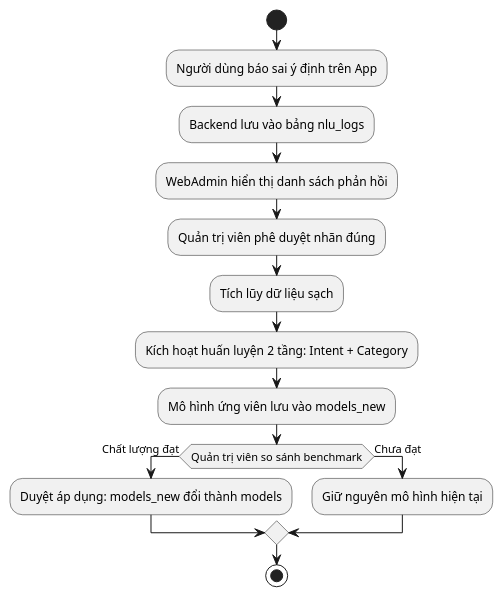
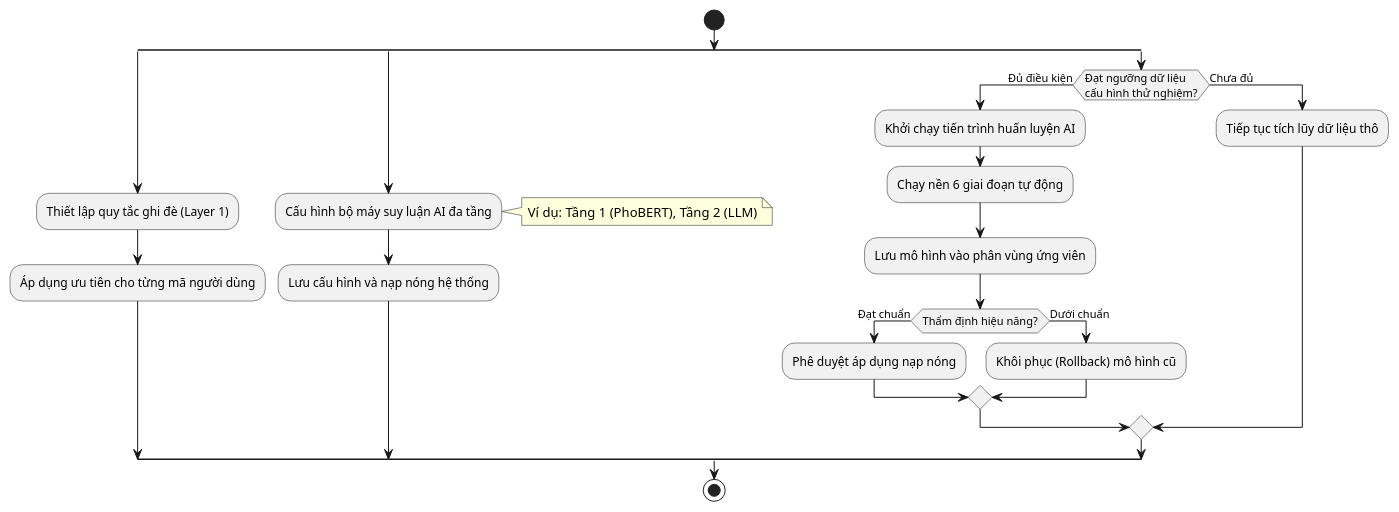
Before and after one commit to maikhang160504/spending-diary: diagram 19 of 28 in Luan_van_Hoan_chinh.md, drawn with PlantUML. The commit also changed other lines of this file and 72 other files, not shown here.

Commit message:
feat: implement mobile transaction stories, AI backend modules, and admin dashboard pages

````diff
--- a/Luan_van_Hoan_chinh.md
+++ b/Luan_van_Hoan_chinh.md
@@ -1206,18 +1285,27 @@
 ```plantuml
 @startuml
 start
-:Người dùng báo sai ý định trên App;
-:Backend lưu vào bảng nlu_logs;
-:WebAdmin hiển thị danh sách phản hồi;
-:Quản trị viên phê duyệt nhãn đúng;
-:Tích lũy dữ liệu sạch;
-:Kích hoạt huấn luyện 2 tầng: Intent + Category;
-:Mô hình ứng viên lưu vào models_new;
-if (Quản trị viên so sánh benchmark) then (Chất lượng đạt)
-  :Duyệt áp dụng: models_new đổi thành models;
-else (Chưa đạt)
-  :Giữ nguyên mô hình hiện tại;
-endif
+split
+  :Thiết lập quy tắc ghi đè (Layer 1);
+  :Áp dụng ưu tiên cho từng mã người dùng;
+split again
+  :Cấu hình bộ máy suy luận AI đa tầng;
+  note right: Ví dụ: Tầng 1 (PhoBERT), Tầng 2 (LLM)
+  :Lưu cấu hình và nạp nóng hệ thống;
+split again
+  if (Đạt ngưỡng dữ liệu\ncấu hình thử nghiệm?) then (Đủ điều kiện)
+    :Khởi chạy tiến trình huấn luyện AI;
+    :Chạy nền 6 giai đoạn tự động;
+    :Lưu mô hình vào phân vùng ứng viên;
+    if (Thẩm định hiệu năng?) then (Đạt chuẩn)
+      :Phê duyệt áp dụng nạp nóng;
+    else (Dưới chuẩn)
+      :Khôi phục (Rollback) mô hình cũ;
+    endif
+  else (Chưa đủ)
+    :Tiếp tục tích lũy dữ liệu thô;
+  endif
+end split
 stop
 @enduml
 ```
````
